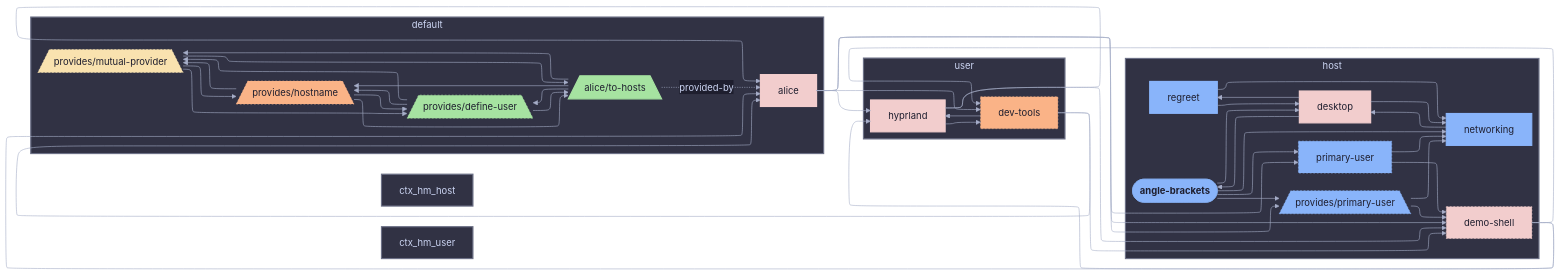
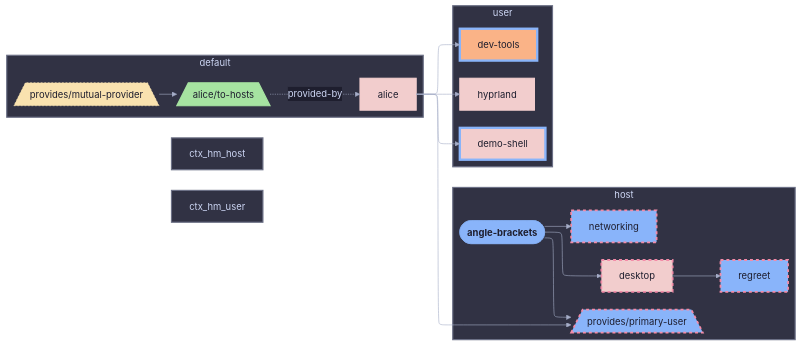
One commit to sini/den changed the diagram in templates/diag-fx-demo/diagrams/angle-brackets-diff-classes.md. Above: the diagram before and after it, drawn with Mermaid. The commit also changed 849 other files, not shown here.

Commit message:
chore: update fx diagrams

```diff
--- a/templates/diag-fx-demo/diagrams/angle-brackets-diff-classes.md
+++ b/templates/diag-fx-demo/diagrams/angle-brackets-diff-classes.md
@@ -10,80 +10,43 @@
   subgraph ctx_host["host"]
   desktop["desktop"]:::desktop_c
   networking["networking"]:::networking_c
-  primary_user["primary-user"]:::primary_user_c
   den__provides__primary_user[/"provides/primary-user"\]:::den__provides__primary_user_c
   regreet["regreet"]:::regreet_c
   angle_brackets --> den__provides__primary_user
   angle_brackets --> desktop
   angle_brackets --> networking
-  angle_brackets --> primary_user
-  den__provides__primary_user --> demo_shell
-  den__provides__primary_user --> networking
-  desktop --> angle_brackets
-  desktop --> networking
   desktop --> regreet
-  networking --> desktop
-  primary_user --> demo_shell
-  primary_user --> networking
-  regreet --> desktop
-  regreet --> networking
   end
   subgraph ctx_default["default"]
-  den__provides__define_user[/"provides/define-user"\]:::den__provides__define_user_c
-  den__provides__hostname[/"provides/hostname"\]:::den__provides__hostname_c
   den__provides__mutual_provider[/"provides/mutual-provider"\]:::den__provides__mutual_provider_c
   alice__to_hosts[/"alice/to-hosts"\]:::alice__to_hosts_c
   alice__to_hosts -.->|provided-by| alice
-  alice__to_hosts --> den__provides__define_user
-  alice__to_hosts --> den__provides__hostname
-  alice__to_hosts --> den__provides__mutual_provider
-  den__provides__define_user --> alice__to_hosts
-  den__provides__define_user --> den__provides__hostname
-  den__provides__define_user --> den__provides__mutual_provider
-  den__provides__hostname --> alice__to_hosts
-  den__provides__hostname --> den__provides__define_user
-  den__provides__hostname --> den__provides__mutual_provider
   den__provides__mutual_provider --> alice__to_hosts
-  den__provides__mutual_provider --> den__provides__define_user
-  den__provides__mutual_provider --> den__provides__hostname
   end
   subgraph ctx_user["user"]
   alice["alice"]:::alice_c
+  hyprland["hyprland"]:::hyprland_c
   demo_shell["demo-shell"]:::demo_shell_c
   dev_tools["dev-tools"]:::dev_tools_c
-  hyprland["hyprland"]:::hyprland_c
+  alice --> den__provides__primary_user
+  alice --> hyprland
   alice --> demo_shell
-  alice --> den__provides__primary_user
   alice --> dev_tools
-  alice --> hyprland
-  alice --> primary_user
-  demo_shell --> alice
-  demo_shell --> dev_tools
-  demo_shell --> hyprland
-  dev_tools --> alice
-  dev_tools --> demo_shell
-  dev_tools --> hyprland
-  hyprland --> alice
-  hyprland --> demo_shell
-  hyprland --> dev_tools
   end
 
 
   classDef root fill:#89b4fa,stroke:#89b4fa,color:#1e1e2e,font-weight:bold
   classDef alice_c fill:#f2cdcd,stroke:#f2cdcd,color:#1e1e2e,stroke-width:2px
-  classDef angle_brackets_c fill:#89b4fa,stroke:#89b4fa,color:#1e1e2e,stroke-width:3px
-  classDef den__provides__define_user_c fill:#a6e3a1,stroke:#a6e3a1,color:#1e1e2e,stroke-dasharray: 3 3,stroke-width:1px
-  classDef demo_shell_c fill:#f2cdcd,stroke:#f2cdcd,color:#1e1e2e,stroke-dasharray: 3 3,stroke-width:1px
-  classDef desktop_c fill:#f2cdcd,stroke:#f2cdcd,color:#1e1e2e,stroke-width:2px
-  classDef dev_tools_c fill:#fab387,stroke:#fab387,color:#1e1e2e,stroke-dasharray: 3 3,stroke-width:1px
-  classDef den__provides__hostname_c fill:#fab387,stroke:#fab387,color:#1e1e2e,stroke-dasharray: 3 3,stroke-width:1px
+  classDef angle_brackets_c fill:#89b4fa,stroke:#f38ba8,color:#1e1e2e,stroke-dasharray: 5 5,stroke-width:3px
+  classDef desktop_c fill:#f2cdcd,stroke:#f38ba8,color:#1e1e2e,stroke-dasharray: 5 5,stroke-width:3px
   classDef hyprland_c fill:#f2cdcd,stroke:#f2cdcd,color:#1e1e2e,stroke-width:2px
   classDef den__provides__mutual_provider_c fill:#f9e2af,stroke:#f9e2af,color:#1e1e2e,stroke-dasharray: 3 3,stroke-width:1px
-  classDef networking_c fill:#89b4fa,stroke:#89b4fa,color:#1e1e2e,stroke-width:2px
-  classDef primary_user_c fill:#89b4fa,stroke:#89b4fa,color:#1e1e2e,stroke-dasharray: 3 3,stroke-width:1px
-  classDef den__provides__primary_user_c fill:#89b4fa,stroke:#89b4fa,color:#1e1e2e,stroke-dasharray: 3 3,stroke-width:1px
-  classDef regreet_c fill:#89b4fa,stroke:#89b4fa,color:#1e1e2e,stroke-width:2px
+  classDef networking_c fill:#89b4fa,stroke:#f38ba8,color:#1e1e2e,stroke-dasharray: 5 5,stroke-width:3px
+  classDef den__provides__primary_user_c fill:#89b4fa,stroke:#f38ba8,color:#1e1e2e,stroke-dasharray: 5 5,stroke-width:3px
+  classDef regreet_c fill:#89b4fa,stroke:#f38ba8,color:#1e1e2e,stroke-dasharray: 5 5,stroke-width:3px
   classDef alice__to_hosts_c fill:#a6e3a1,stroke:#a6e3a1,color:#1e1e2e,stroke-width:2px
+  classDef demo_shell_c fill:#f2cdcd,stroke:#89b4fa,color:#1e1e2e,stroke-width:4px
+  classDef dev_tools_c fill:#fab387,stroke:#89b4fa,color:#1e1e2e,stroke-width:4px
 style ctx_host fill:#313244,stroke:#6c7086,stroke-width:2px
 style ctx_default fill:#313244,stroke:#6c7086,stroke-width:2px
 style ctx_hm_host fill:#313244,stroke:#6c7086,stroke-width:2px
```
